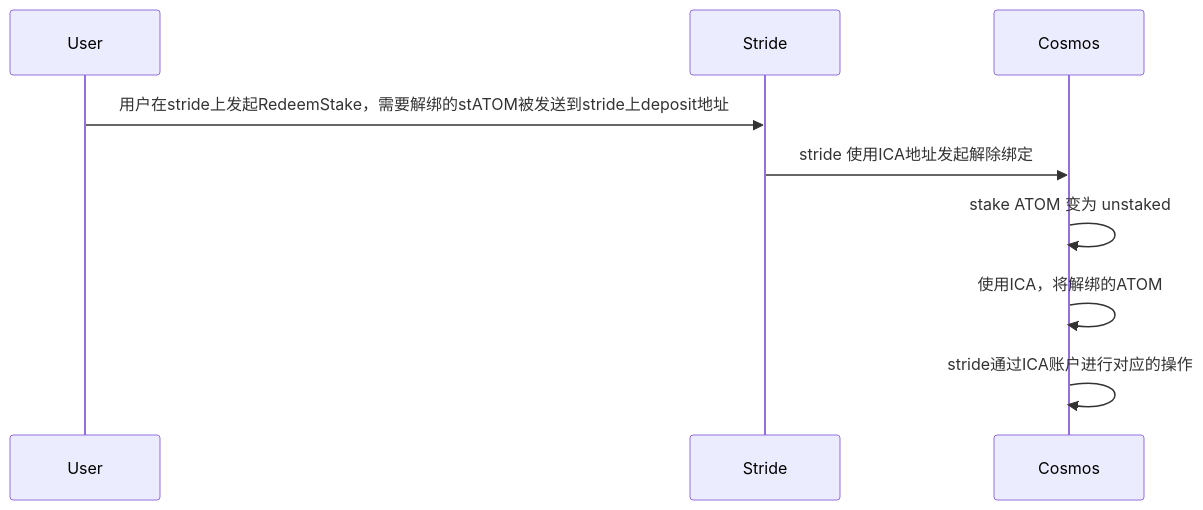
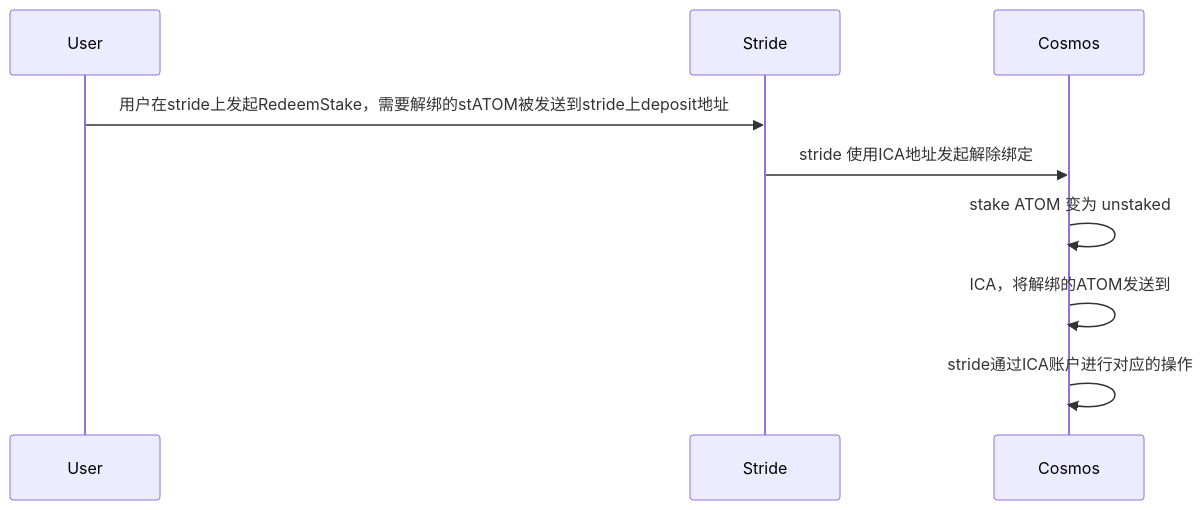
Before and after one commit to yingjianzh/iodraw-files: the diagram in all/unbonding.md, drawn with Mermaid.

Commit message:
2024-03-28 15:33:04 update

````diff
--- a/all/unbonding.md
+++ b/all/unbonding.md
@@ -1,8 +1,8 @@
 ```mermaid
 sequenceDiagram
     User->>Stride: 用户在stride上发起RedeemStake，需要解绑的stATOM被发送到stride上deposit地址
     Stride->>Cosmos: stride 使用ICA地址发起解除绑定
     Cosmos->>Cosmos: stake ATOM 变为 unstaked
-    Cosmos->>Cosmos: 使用ICA，将解绑的ATOM
+    Cosmos->>Cosmos: ICA，将解绑的ATOM发送到
     Cosmos->>Cosmos: stride通过ICA账户进行对应的操作
 ```
````
